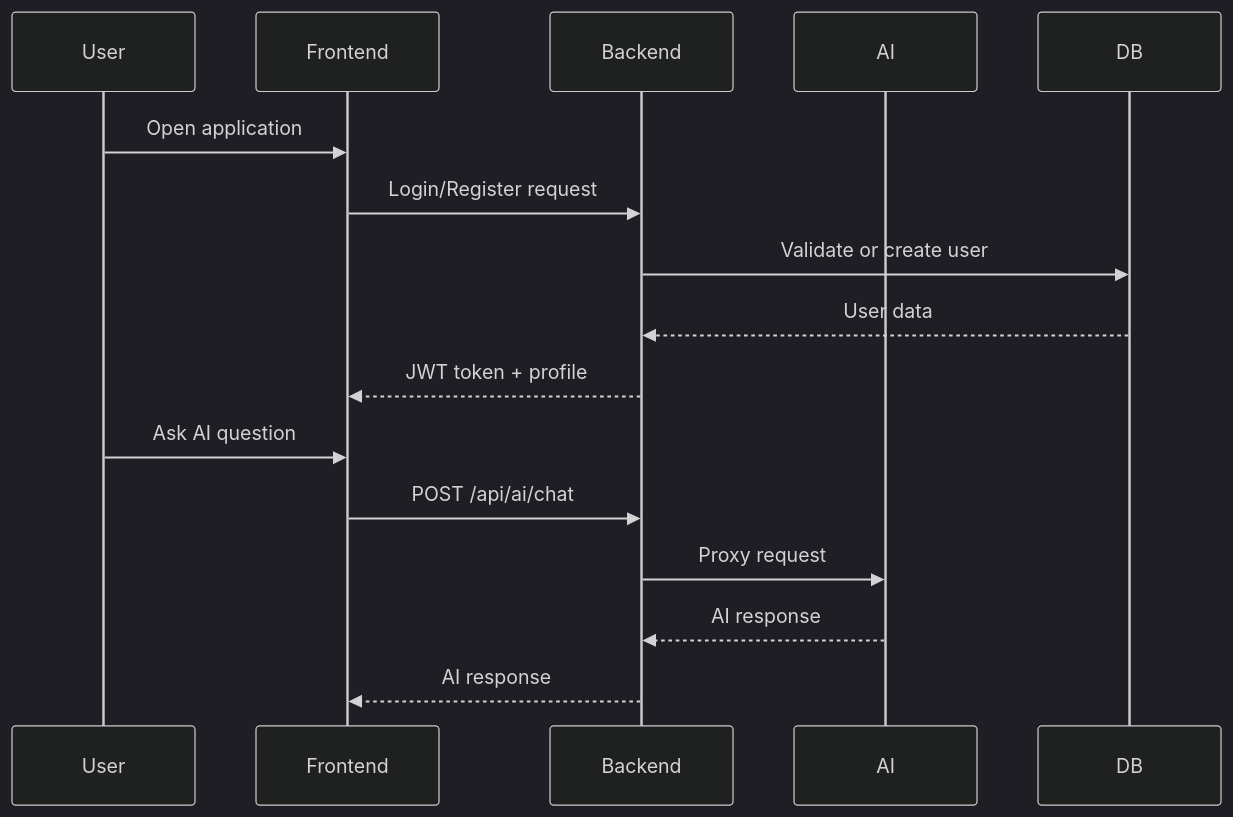
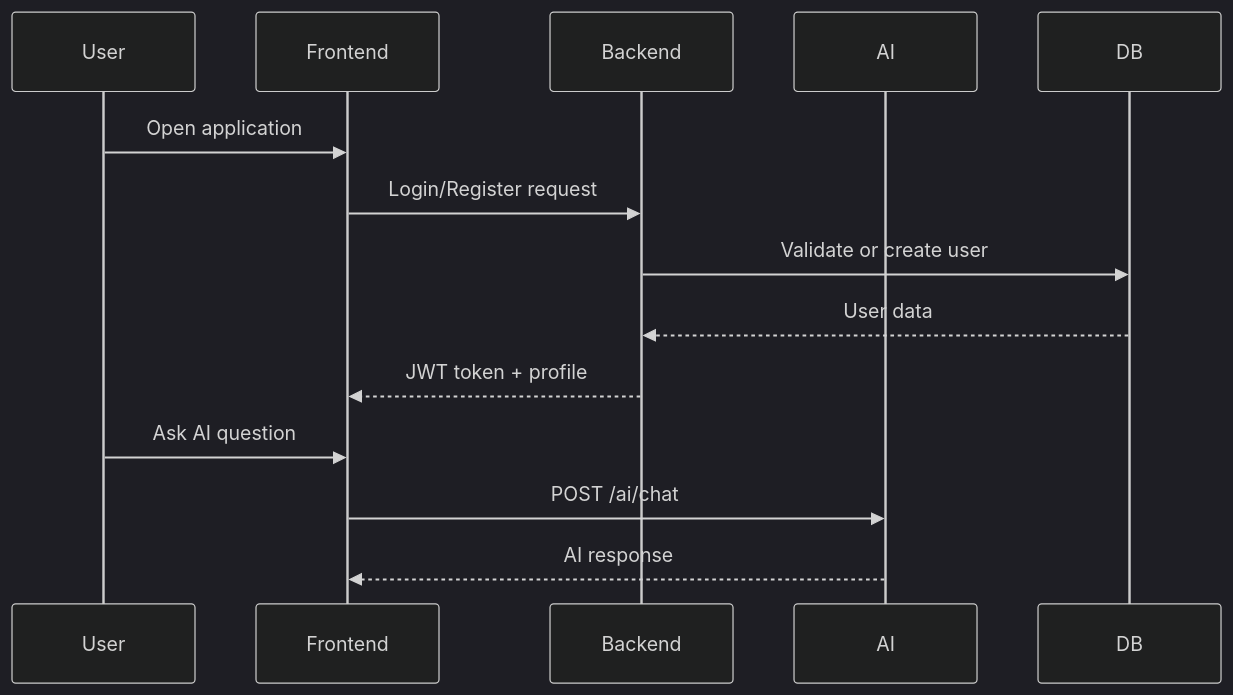
The second of 3 diagrams in README.md (Tisha-choksi/Smart-Hospitality-Management), drawn with Mermaid (dark theme) before and after one commit. The commit also changed other lines of this file and 2 other files, not shown here.

````diff
--- a/README.md
+++ b/README.md
@@ -47,20 +46,18 @@
 ```mermaid
 sequenceDiagram
     participant User
     participant Frontend
     participant Backend
     participant AI
     participant DB
 
     User->>Frontend: Open application
     Frontend->>Backend: Login/Register request
     Backend->>DB: Validate or create user
     DB-->>Backend: User data
     Backend-->>Frontend: JWT token + profile
 
     User->>Frontend: Ask AI question
-    Frontend->>Backend: POST /api/ai/chat
-    Backend->>AI: Proxy request
-    AI-->>Backend: AI response
-    Backend-->>Frontend: AI response
+    Frontend->>AI: POST /ai/chat
+    AI-->>Frontend: AI response
 ```
````
